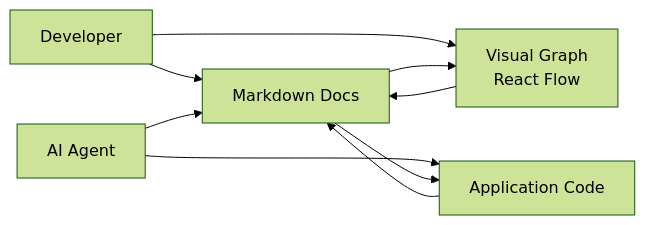
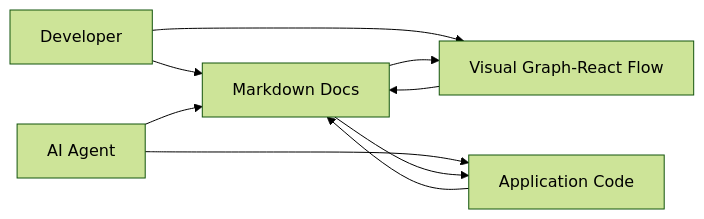
One commit to ariesanhthu/vibe-code-workflow-template changed the first of 13 diagrams in README.md. Above: the diagram before and after it, drawn with Mermaid (forest theme). The commit also changed 9 other files, not shown here.

`````diff
--- a/README.md
+++ b/README.md
@@ -22,22 +22,22 @@
 ```mermaid
 flowchart LR
 
 Dev[Developer]
 Agent[AI Agent]
 
 Docs[Markdown Docs]
-Graph[Visual Graph\nReact Flow]
+Graph[Visual Graph-React Flow]
 Code[Application Code]
 
 Dev --> Docs
 Dev --> Graph
 
 Agent --> Docs
 Agent --> Code
 
 Docs --> Graph
 Graph --> Docs
 
 Docs --> Code
 Code --> Docs
 ````
`````
